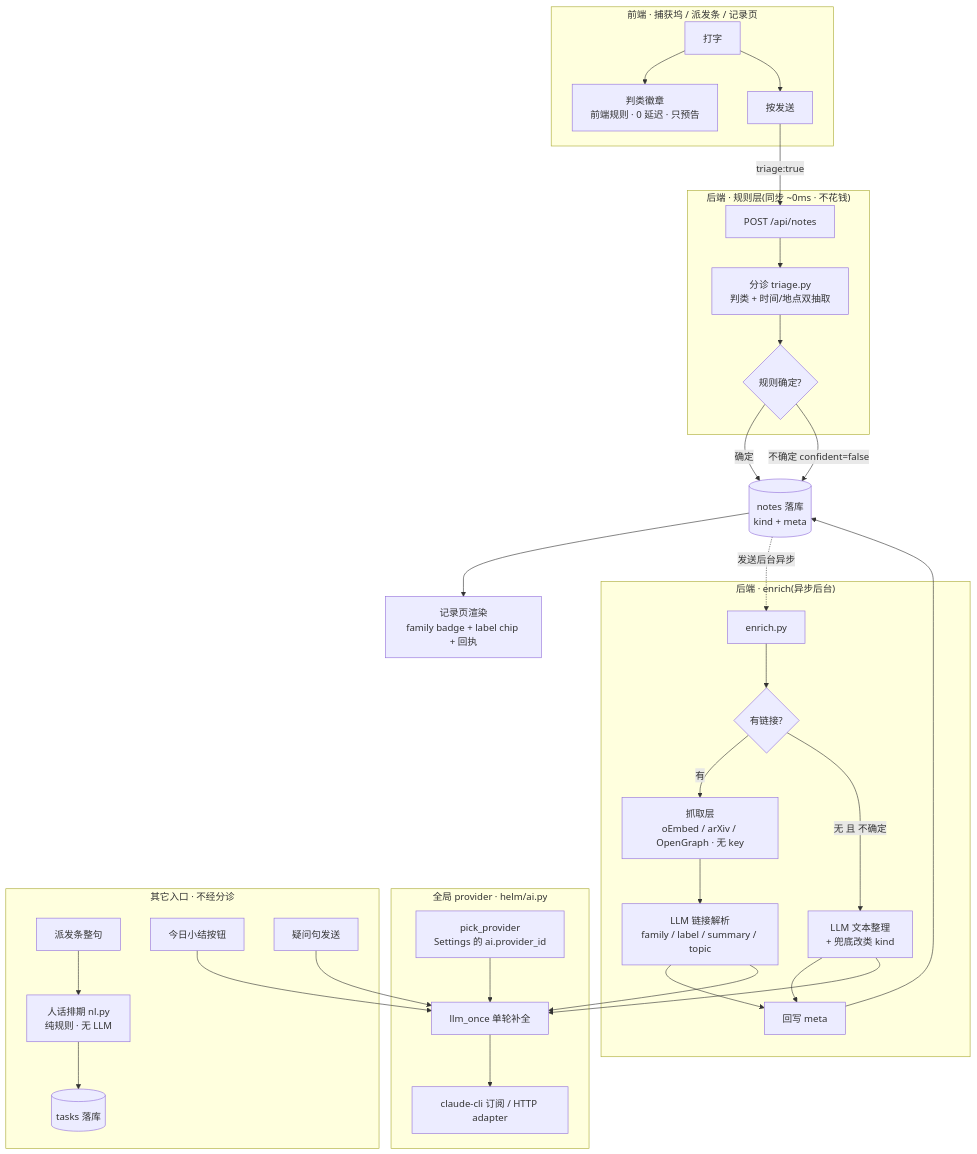
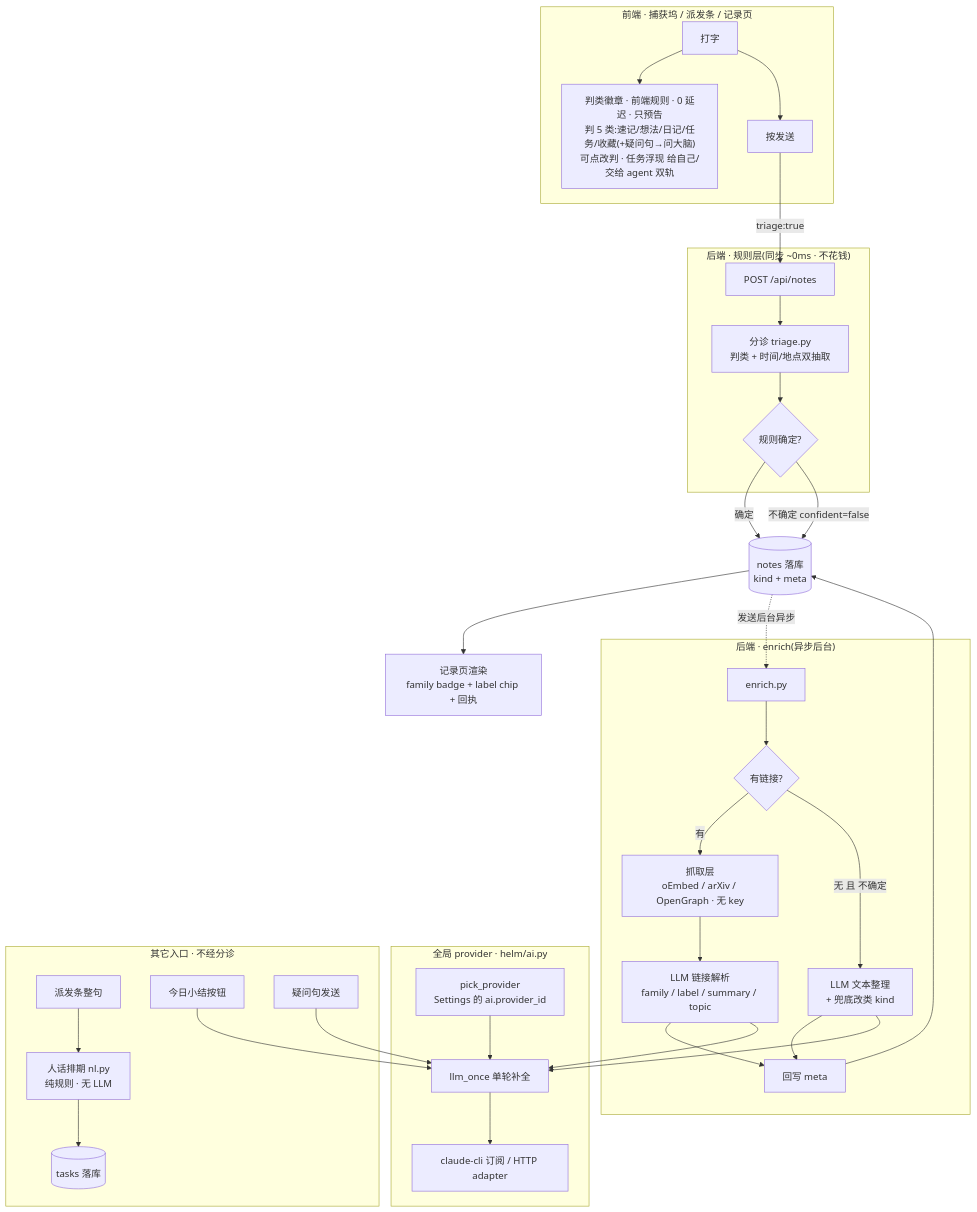
One commit to V1ctor2182/Helm changed the diagram in docs/AI-SYSTEM.md. Above: the diagram before and after it, drawn with Mermaid. The commit also changed other lines of this file and 2 other files, not shown here.

First line of the commit message:
docs(ai): ASCII 图展开前端捕获坞子流程——5 类判定/改判/专注/发送三分流 [用户要求]

````diff
--- a/docs/AI-SYSTEM.md
+++ b/docs/AI-SYSTEM.md
@@ -24,42 +24,42 @@
 ```mermaid
 flowchart TB
   subgraph FE["前端 · 捕获坞 / 派发条 / 记录页"]
-    IN["打字"] --> BADGE["判类徽章<br/>前端规则 · 0 延迟 · 只预告"]
+    IN["打字"] --> BADGE["判类徽章 · 前端规则 · 0 延迟 · 只预告<br/>判 5 类:速记/想法/日记/任务/收藏(+疑问句→问大脑)<br/>可点改判 · 任务浮现 给自己/交给 agent 双轨"]
     IN --> SEND["按发送"]
   end
 
   SEND -->|"triage:true"| POST["POST /api/notes"]
 
   subgraph RULE["后端 · 规则层(同步 ~0ms · 不花钱)"]
     POST --> TRIAGE["分诊 triage.py<br/>判类 + 时间/地点双抽取"]
     TRIAGE --> KIND{"规则确定?"}
   end
 
   KIND -->|"确定"| STORE[("notes 落库<br/>kind + meta")]
   KIND -->|"不确定 confident=false"| STORE
   STORE --> RENDER["记录页渲染<br/>family badge + label chip + 回执"]
   STORE -.->|"发送后台异步"| ENRICH
 
   subgraph EN["后端 · enrich(异步后台)"]
     ENRICH["enrich.py"] --> HASURL{"有链接?"}
     HASURL -->|"有"| FETCH["抓取层<br/>oEmbed / arXiv / OpenGraph · 无 key"]
     FETCH --> LLMLINK["LLM 链接解析<br/>family / label / summary / topic"]
     HASURL -->|"无 且 不确定"| LLMTEXT["LLM 文本整理<br/>+ 兜底改类 kind"]
     LLMLINK --> WB["回写 meta"]
     LLMTEXT --> WB
   end
   WB --> STORE
 
   subgraph PROVIDER["全局 provider · helm/ai.py"]
     PROV["pick_provider<br/>Settings 的 ai.provider_id"] --> ONCE["llm_once 单轮补全"]
     ONCE --> CLI["claude-cli 订阅 / HTTP adapter"]
   end
   LLMLINK --> ONCE
   LLMTEXT --> ONCE
 
   subgraph OTHER["其它入口 · 不经分诊"]
     DISPATCH["派发条整句"] --> NL["人话排期 nl.py<br/>纯规则 · 无 LLM"] --> TASKS[("tasks 落库")]
     SUMBTN["今日小结按钮"] --> ONCE
     ASKQ["疑问句发送"] --> ONCE
   end
 ```
````
